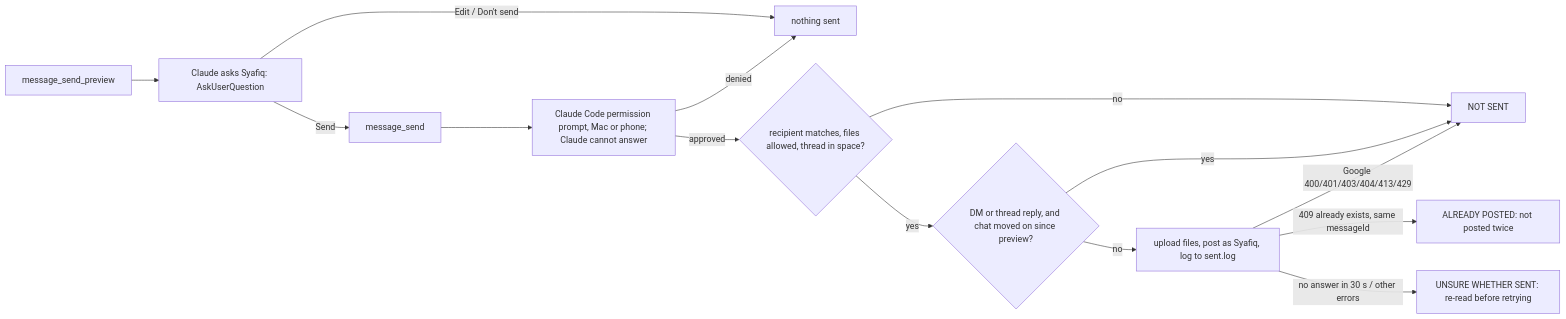
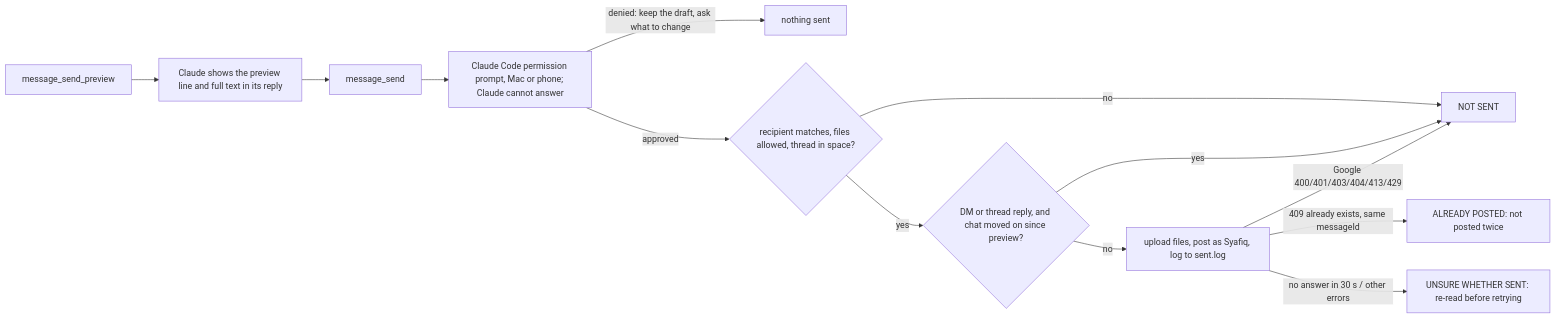
Before and after one commit to syafiq555/syafiqkit: the diagram in tools/gchat-mcp/tasks/server/current.md, drawn with Mermaid. The commit also changed other lines of this file and 19 other files, not shown here.

````diff
--- a/tools/gchat-mcp/tasks/server/current.md
+++ b/tools/gchat-mcp/tasks/server/current.md
@@ -23,16 +23,15 @@
 ```mermaid
 flowchart LR
-  P[message_send_preview] --> Q[Claude asks Syafiq: AskUserQuestion]
-  Q -- Edit / Don't send --> N[nothing sent]
-  Q -- Send --> M[message_send]
+  P[message_send_preview] --> Q[Claude shows the preview line and full text in its reply]
+  Q --> M[message_send]
   M --> R[Claude Code permission prompt, Mac or phone; Claude cannot answer]
-  R -- denied --> N
+  R -- denied: keep the draft, ask what to change --> N[nothing sent]
   R -- approved --> C{recipient matches, files allowed, thread in space?}
   C -- no --> X[NOT SENT]
   C -- yes --> F{DM or thread reply, and chat moved on since preview?}
   F -- yes --> X
   F -- no --> U[upload files, post as Syafiq, log to sent.log]
   U -- Google 400/401/403/404/413/429 --> X
   U -- 409 already exists, same messageId --> D[ALREADY POSTED: not posted twice]
   U -- no answer in 30 s / other errors --> W[UNSURE WHETHER SENT: re-read before retrying]
 ```
````
